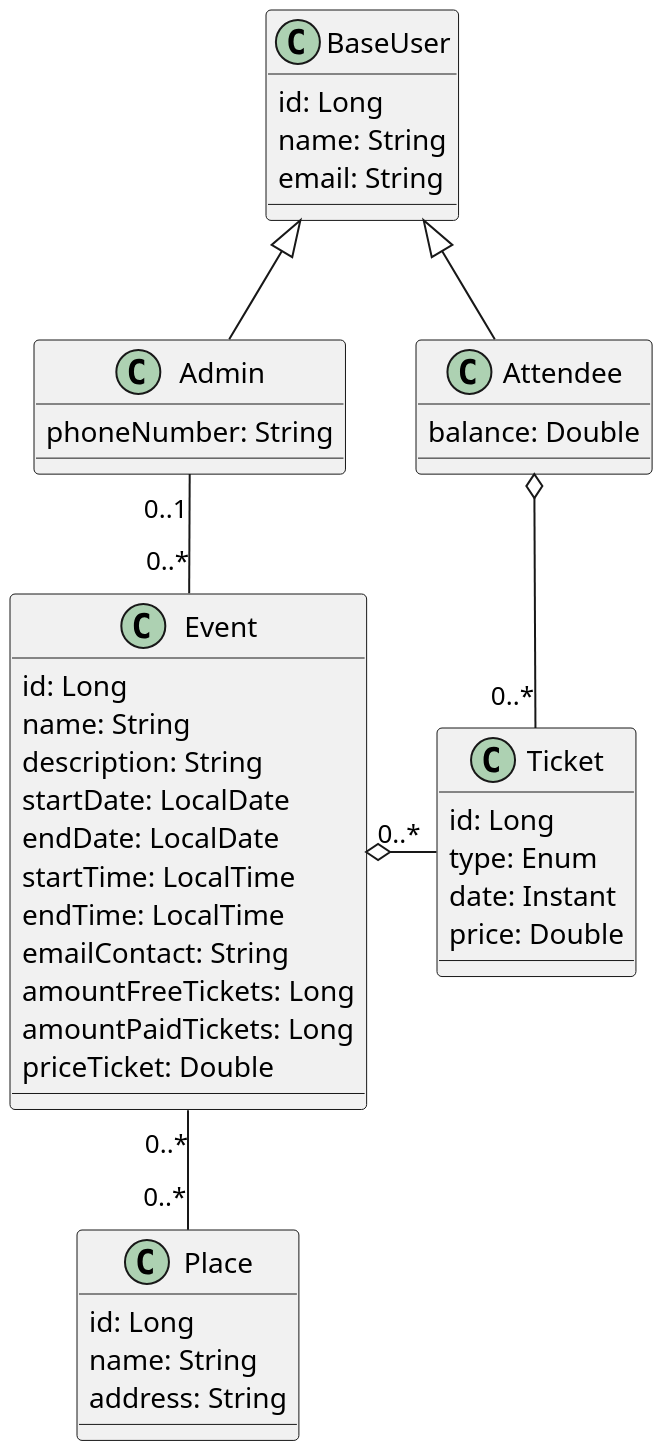
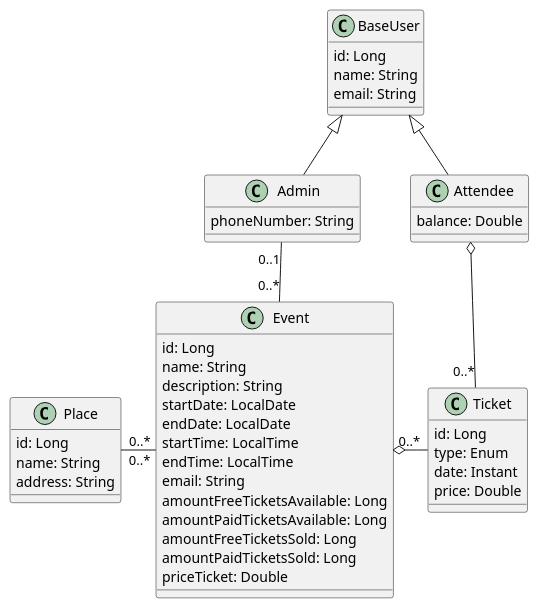
Before and after one commit to carlosedpsilva/facens-poo2: the diagram in docs/diagrams/src/architecture_overview.wsd, drawn with PlantUML. The commit also changed 18 other files, not shown here.

```diff
--- a/docs/diagrams/src/architecture_overview.wsd
+++ b/docs/diagrams/src/architecture_overview.wsd
@@ -1,54 +1,53 @@
 @startuml architecture_overview
-
-scale 2
 
 class BaseUser {
   id: Long
   name: String
   email: String
 }
 
 class Admin {
   phoneNumber: String
 }
 
 class Attendee {
   balance: Double
 }
 
 class Event {
   id: Long
   name: String
   description: String
   startDate: LocalDate
   endDate: LocalDate
   startTime: LocalTime
   endTime: LocalTime
-  emailContact: String
-  amountFreeTickets: Long
-  amountPaidTickets: Long
+  email: String
+  amountFreeTicketsAvailable: Long
+  amountPaidTicketsAvailable: Long
+  amountFreeTicketsSold: Long
+  amountPaidTicketsSold: Long
   priceTicket: Double
 }
 
 class Ticket {
   id: Long
   type: Enum
   date: Instant
   price: Double
 }
 
 class Place {
   id: Long
   name: String
   address: String
 }
 
-BaseUser <|-- Admin
-BaseUser <|-- Attendee
-
-Admin "0..1" -- "0..*" Event
-Attendee o- "0..*" Ticket
-Event o- "0..*" Ticket
-Event "0..*" -- "0..*" Place
+BaseUser        <|--          Admin
+BaseUser        <|--          Attendee
+   Admin "0..1"   --   "0..*" Event
+   Place "0..*"    -   "0..*" Event
+   Event          o-   "0..*" Ticket
+Attendee          o-   "0..*" Ticket
 
 @enduml
```
